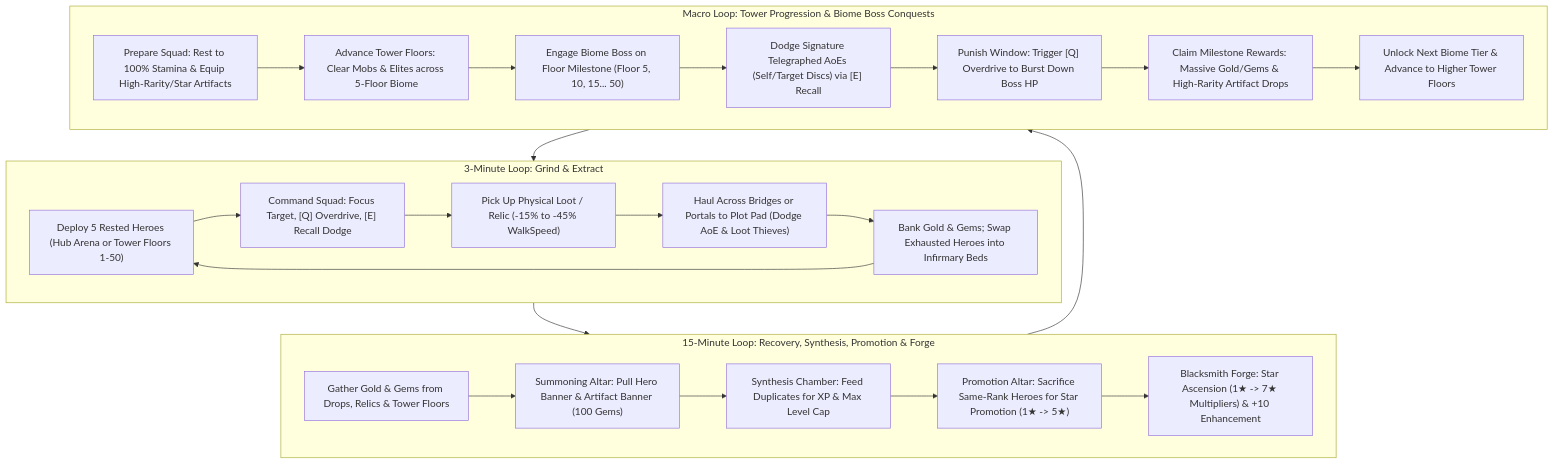
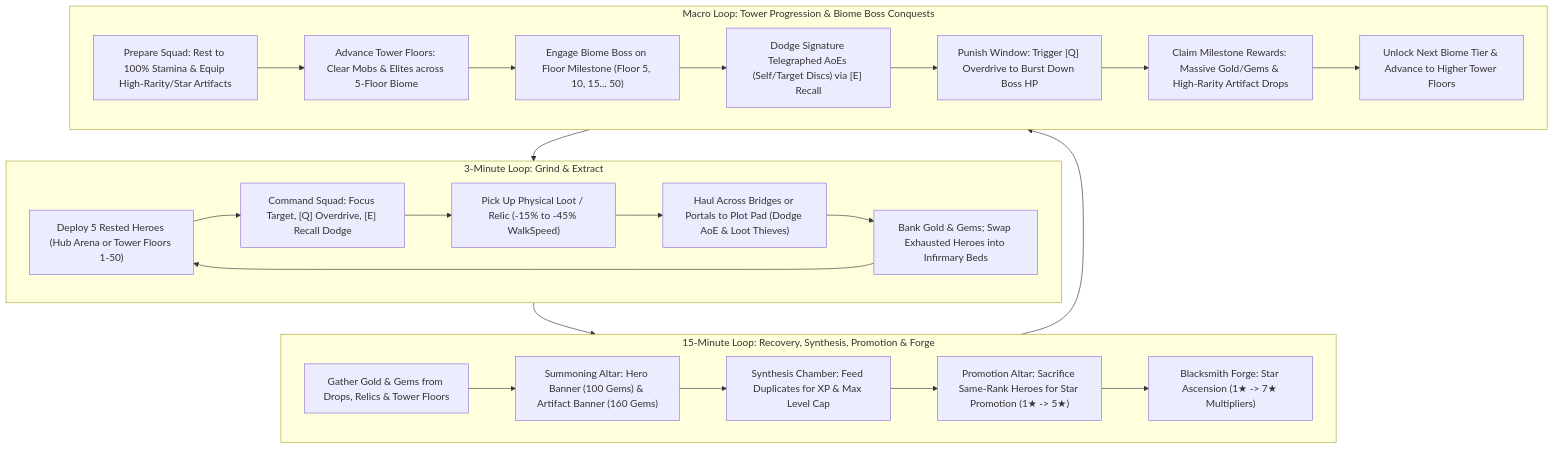
The diagram in GAME_DESIGN.MD (Zaimoo/infinite-tower), drawn with Mermaid before and after one commit. The commit also changed other lines of this file, not shown here.

Commit message:
docs: align artifact banner costs (160/1600), 6-plot ring geometry, normalize gacha rates, and remove artifact enhancements

````diff
--- a/GAME_DESIGN.MD
+++ b/GAME_DESIGN.MD
@@ -46,30 +46,30 @@
 ```mermaid
 flowchart TD
     subgraph Micro["3-Minute Loop: Grind & Extract"]
         M1["Deploy 5 Rested Heroes (Hub Arena or Tower Floors 1-50)"] --> M2["Command Squad: Focus Target, [Q] Overdrive, [E] Recall Dodge"]
         M2 --> M3["Pick Up Physical Loot / Relic (-15% to -45% WalkSpeed)"]
         M3 --> M4["Haul Across Bridges or Portals to Plot Pad (Dodge AoE & Loot Thieves)"]
         M4 --> M5["Bank Gold & Gems; Swap Exhausted Heroes into Infirmary Beds"]
         M5 --> M1
     end
 
     subgraph Meso["15-Minute Loop: Recovery, Synthesis, Promotion & Forge"]
-        T1["Gather Gold & Gems from Drops, Relics & Tower Floors"] --> T2["Summoning Altar: Pull Hero Banner & Artifact Banner (100 Gems)"]
+        T1["Gather Gold & Gems from Drops, Relics & Tower Floors"] --> T2["Summoning Altar: Hero Banner (100 Gems) & Artifact Banner (160 Gems)"]
         T2 --> T3["Synthesis Chamber: Feed Duplicates for XP & Max Level Cap"]
         T3 --> T4["Promotion Altar: Sacrifice Same-Rank Heroes for Star Promotion (1★ -> 5★)"]
-        T4 --> T5["Blacksmith Forge: Star Ascension (1★ -> 7★ Multipliers) & +10 Enhancement"]
+        T4 --> T5["Blacksmith Forge: Star Ascension (1★ -> 7★ Multipliers)"]
     end
 
     subgraph Macro["Macro Loop: Tower Progression & Biome Boss Conquests"]
         B1["Prepare Squad: Rest to 100% Stamina & Equip High-Rarity/Star Artifacts"] --> B2["Advance Tower Floors: Clear Mobs & Elites across 5-Floor Biome"]
         B2 --> B3["Engage Biome Boss on Floor Milestone (Floor 5, 10, 15... 50)"]
         B3 --> B4["Dodge Signature Telegraphed AoEs (Self/Target Discs) via [E] Recall"]
         B4 --> B5["Punish Window: Trigger [Q] Overdrive to Burst Down Boss HP"]
         B5 --> B6["Claim Milestone Rewards: Massive Gold/Gems & High-Rarity Artifact Drops"]
         B6 --> B7["Unlock Next Biome Tier & Advance to Higher Tower Floors"]
     end
 
     Micro --> Meso
     Meso --> Macro
     Macro --> Micro
 ```
````
